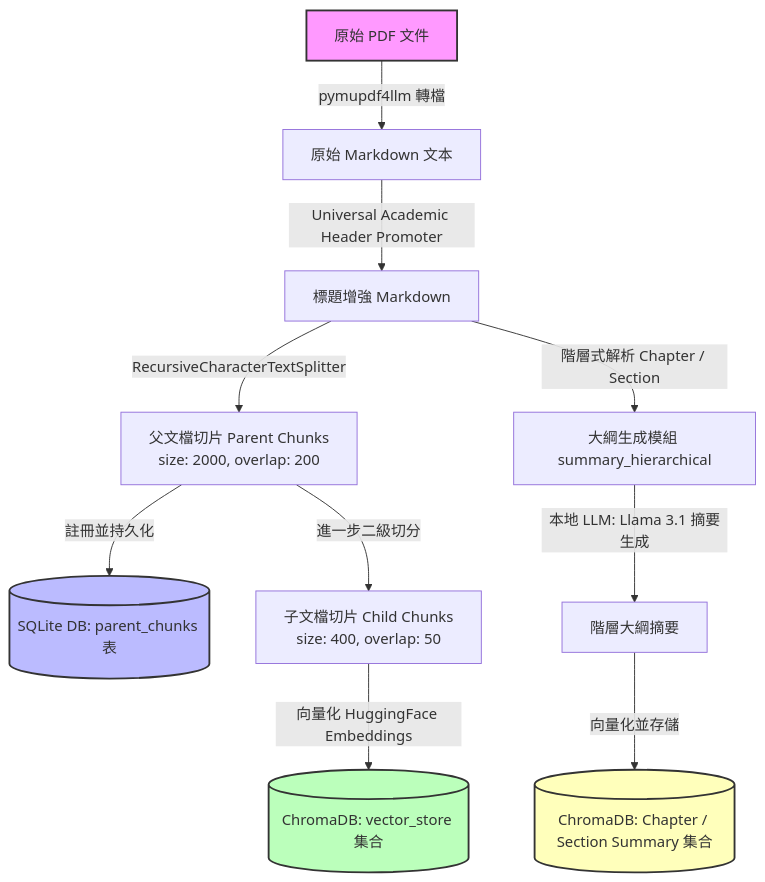
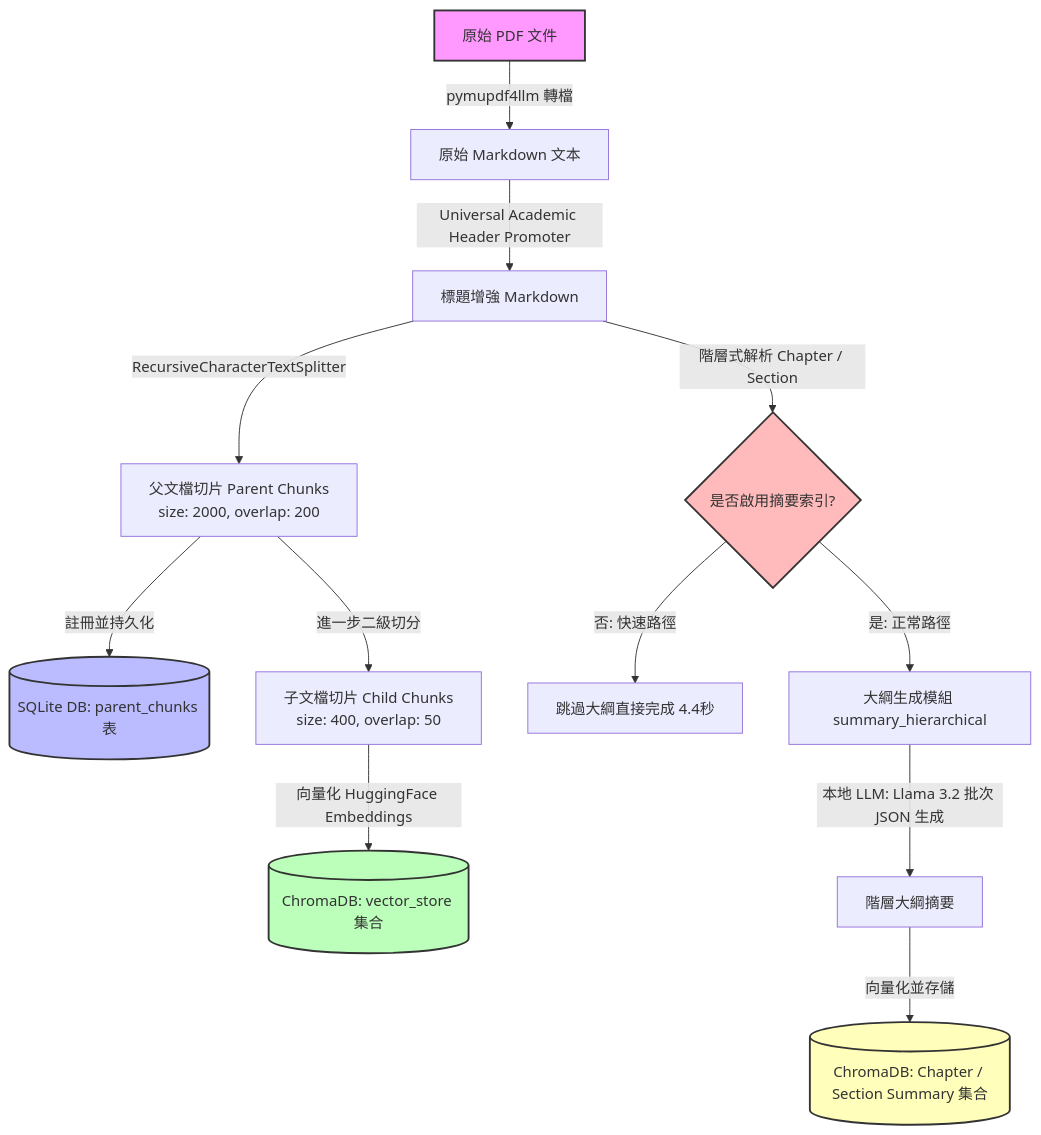
Before and after one commit to lucasCYH/IlliniRAG: the first of 2 diagrams in IlliniRAG_Project_Description.md, drawn with Mermaid. The commit also changed other lines of this file and 4 other files, not shown here.

````diff
--- a/IlliniRAG_Project_Description.md
+++ b/IlliniRAG_Project_Description.md
@@ -54,22 +55,25 @@
 ```mermaid
 graph TD
     PDF[原始 PDF 文件] -->|pymupdf4llm 轉檔| MD[原始 Markdown 文本]
     MD -->|Universal Academic Header Promoter| PMD[標題增強 Markdown]
     
     %% 切分路徑
     PMD -->|RecursiveCharacterTextSplitter| PChunks[父文檔切片 Parent Chunks <br> size: 2000, overlap: 200]
     PChunks -->|註冊並持久化| SQLite[(SQLite DB: parent_chunks 表)]
     
     PChunks -->|進一步二級切分| CChunks[子文檔切片 Child Chunks <br> size: 400, overlap: 50]
     CChunks -->|向量化 HuggingFace Embeddings| Chroma[(ChromaDB: vector_store 集合)]
     
     %% 大綱路徑
-    PMD -->|階層式解析 Chapter / Section| Summarizer[大綱生成模組 summary_hierarchical]
-    Summarizer -->|本地 LLM: Llama 3.1 摘要生成| HSummaries[階層大綱摘要]
+    PMD -->|階層式解析 Chapter / Section| CheckToggle{是否啟用摘要索引?}
+    CheckToggle -->|否: 快速路徑| FastPath[跳過大綱直接完成 4.4秒]
+    CheckToggle -->|是: 正常路徑| Summarizer[大綱生成模組 summary_hierarchical]
+    Summarizer -->|本地 LLM: Llama 3.2 批次 JSON 生成| HSummaries[階層大綱摘要]
     HSummaries -->|向量化並存儲| ChromaSummary[(ChromaDB: Chapter / Section Summary 集合)]
     
     style PDF fill:#f9f,stroke:#333,stroke-width:2px
     style SQLite fill:#bbf,stroke:#333,stroke-width:2px
     style Chroma fill:#bfb,stroke:#333,stroke-width:2px
     style ChromaSummary fill:#ffb,stroke:#333,stroke-width:2px
+    style CheckToggle fill:#fbb,stroke:#333,stroke-width:2px
 ```
````
